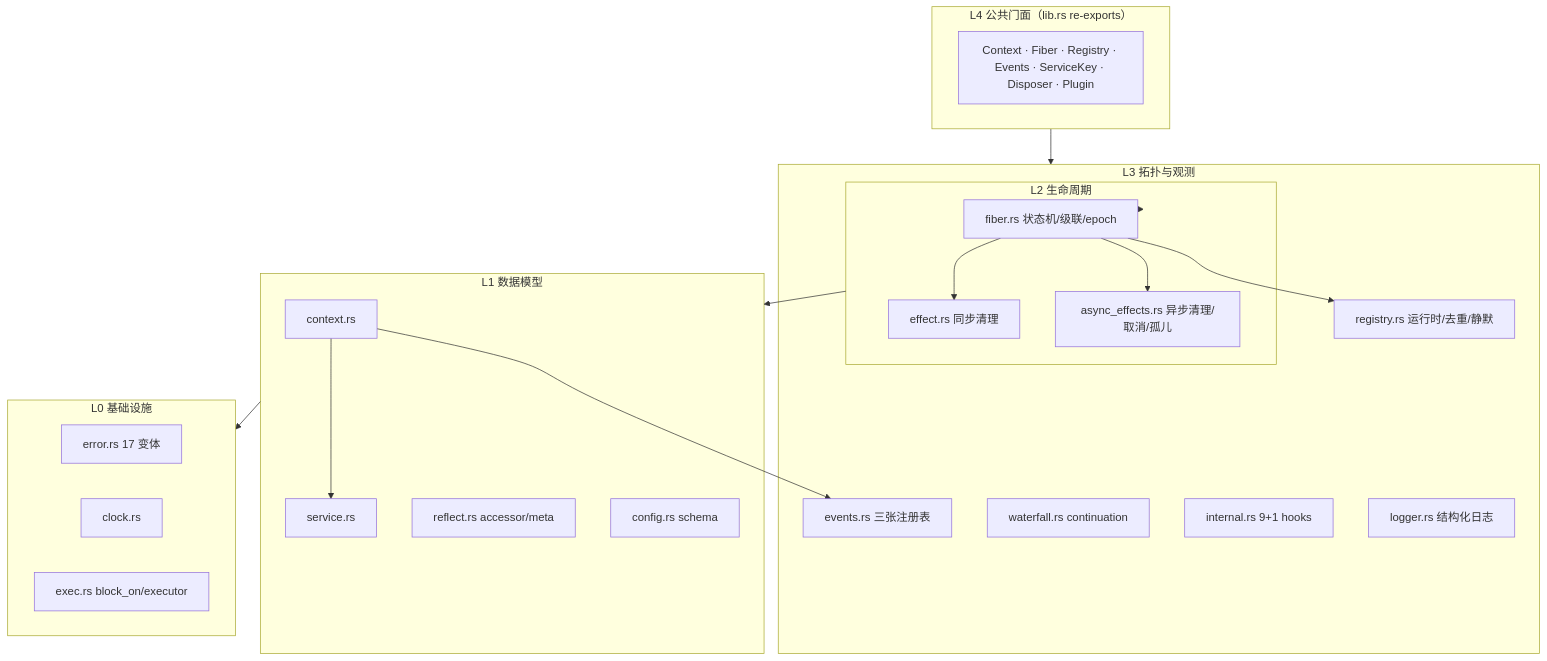
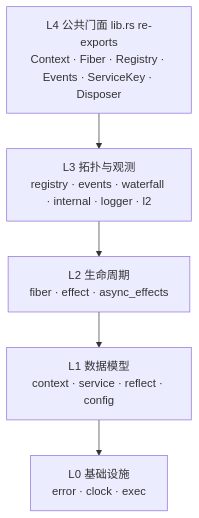
Before and after one commit to zeokeel/zeokeel-kernel: the first of 2 diagrams in docs/ARCHITECTURE-ANALYSIS.md, drawn with Mermaid. The commit also changed other lines of this file and 6 other files, not shown here.

````diff
--- a/docs/ARCHITECTURE-ANALYSIS.md
+++ b/docs/ARCHITECTURE-ANALYSIS.md
@@ -85,36 +55,9 @@
 ```mermaid
 flowchart TB
-    subgraph L4["L4 公共门面（lib.rs re-exports）"]
-        API["Context · Fiber · Registry · Events · ServiceKey · Disposer · Plugin"]
-    end
-    subgraph L3["L3 拓扑与观测"]
-        REG["registry.rs 运行时/去重/静默"]
-        EV["events.rs 三张注册表"]
-        WF["waterfall.rs continuation"]
-        INT["internal.rs 9+1 hooks"]
-        LOG["logger.rs 结构化日志"]
-        L2["l2.rs supervision（feature）"]
-    end
-    subgraph L2["L2 生命周期"]
-        FIB["fiber.rs 状态机/级联/epoch"]
-        EFF["effect.rs 同步清理"]
-        AEFF["async_effects.rs 异步清理/取消/孤儿"]
-    end
-    subgraph L1["L1 数据模型"]
-        CTX["context.rs"]
-        SVC["service.rs"]
-        REF["reflect.rs accessor/meta"]
-        CFG["config.rs schema"]
-    end
-    subgraph L0["L0 基础设施"]
-        ERR["error.rs 17 变体"]
-        CLK["clock.rs"]
-        EXEC["exec.rs block_on/executor"]
-    end
+    L4["L4 公共门面 lib.rs re-exports<br/>Context · Fiber · Registry · Events · ServiceKey · Disposer"]
+    L3["L3 拓扑与观测<br/>registry · events · waterfall · internal · logger · l2"]
+    L2["L2 生命周期<br/>fiber · effect · async_effects"]
+    L1["L1 数据模型<br/>context · service · reflect · config"]
+    L0["L0 基础设施<br/>error · clock · exec"]
     L4 --> L3 --> L2 --> L1 --> L0
-    CTX --> SVC
-    CTX --> EV
-    FIB --> EFF
-    FIB --> AEFF
-    FIB --> REG
 ```
````
